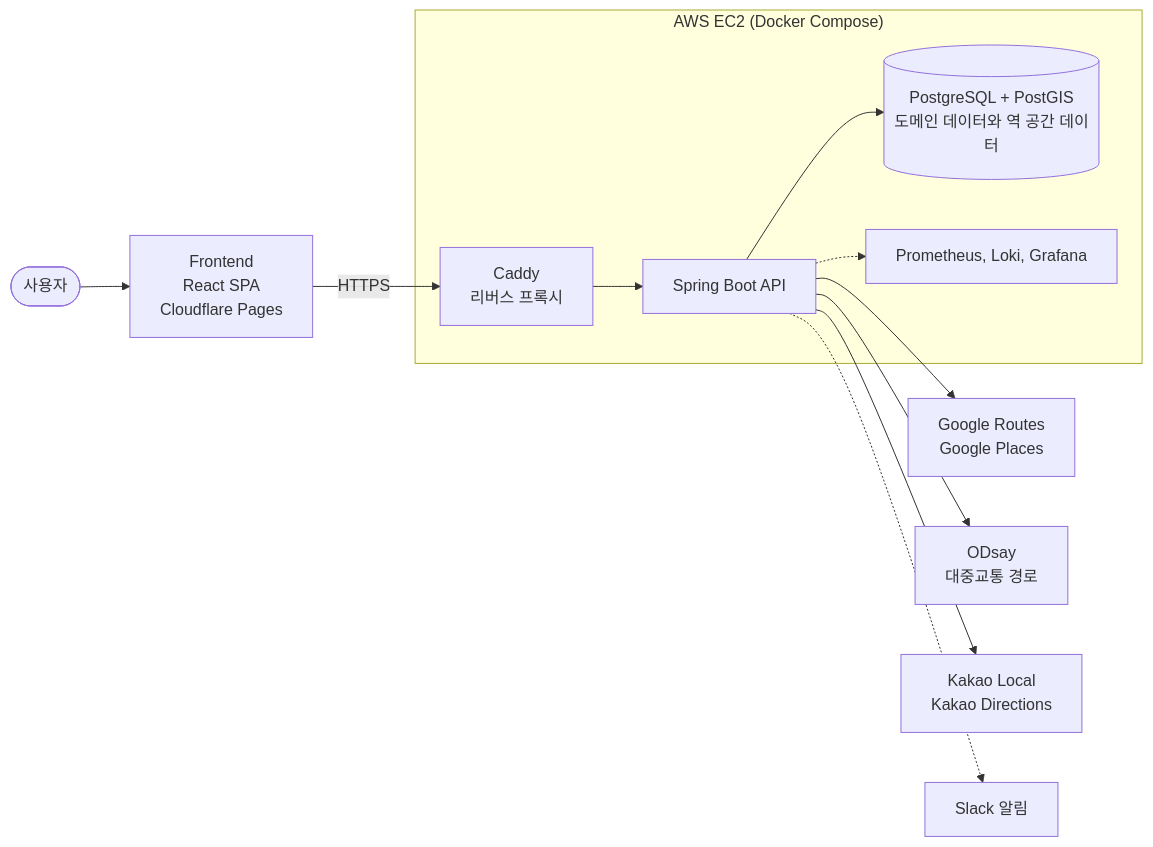
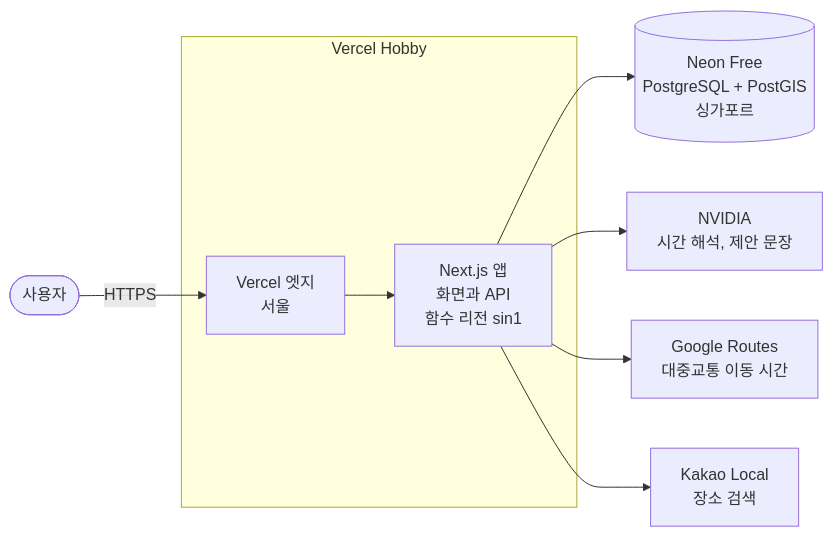
Before and after one commit to hyunolike/moyeorak: the diagram in README.md, drawn with Mermaid. The commit also changed other lines of this file and 8 other files, not shown here.

````diff
--- a/README.md
+++ b/README.md
@@ -88,16 +77,13 @@
 ```mermaid
 flowchart LR
-    User(["사용자"]) --> FE["Frontend<br/>React SPA<br/>Cloudflare Pages"]
-    FE -->|HTTPS| Caddy
+    User(["사용자"]) -->|HTTPS| Edge["Vercel 엣지<br/>서울"]
 
-    subgraph EC2["AWS EC2 (Docker Compose)"]
-        Caddy["Caddy<br/>리버스 프록시"] --> API["Spring Boot API"]
-        API --> DB[("PostgreSQL + PostGIS<br/>도메인 데이터와 역 공간 데이터")]
-        API -.-> MON["Prometheus, Loki, Grafana"]
+    subgraph Vercel["Vercel Hobby"]
+        Edge --> App["Next.js 앱<br/>화면과 API<br/>함수 리전 sin1"]
     end
 
-    API --> Google["Google Routes<br/>Google Places"]
-    API --> Odsay["ODsay<br/>대중교통 경로"]
-    API --> Kakao["Kakao Local<br/>Kakao Directions"]
-    API -.-> Slack["Slack 알림"]
+    App --> DB[("Neon Free<br/>PostgreSQL + PostGIS<br/>싱가포르")]
+    App --> NV["NVIDIA<br/>시간 해석, 제안 문장"]
+    App --> Google["Google Routes<br/>대중교통 이동 시간"]
+    App --> Kakao["Kakao Local<br/>장소 검색"]
 ```
````
